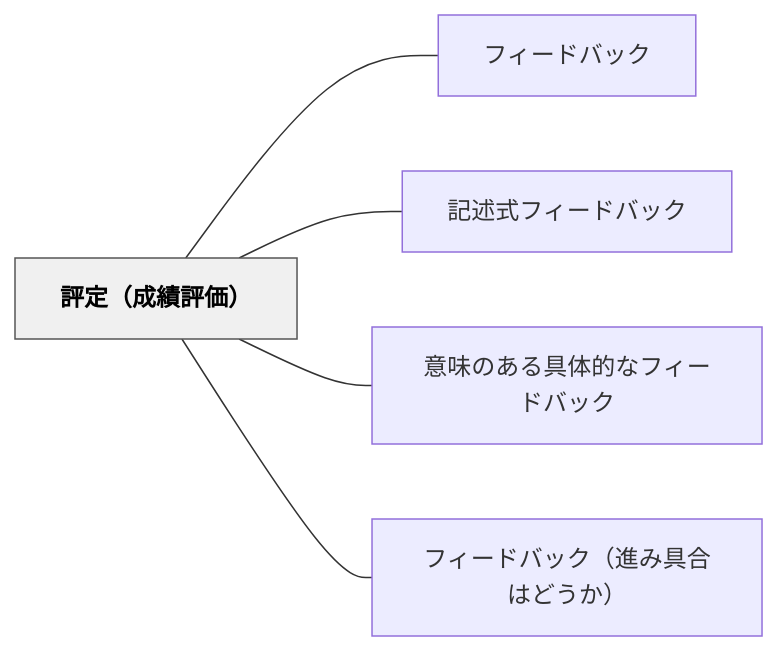
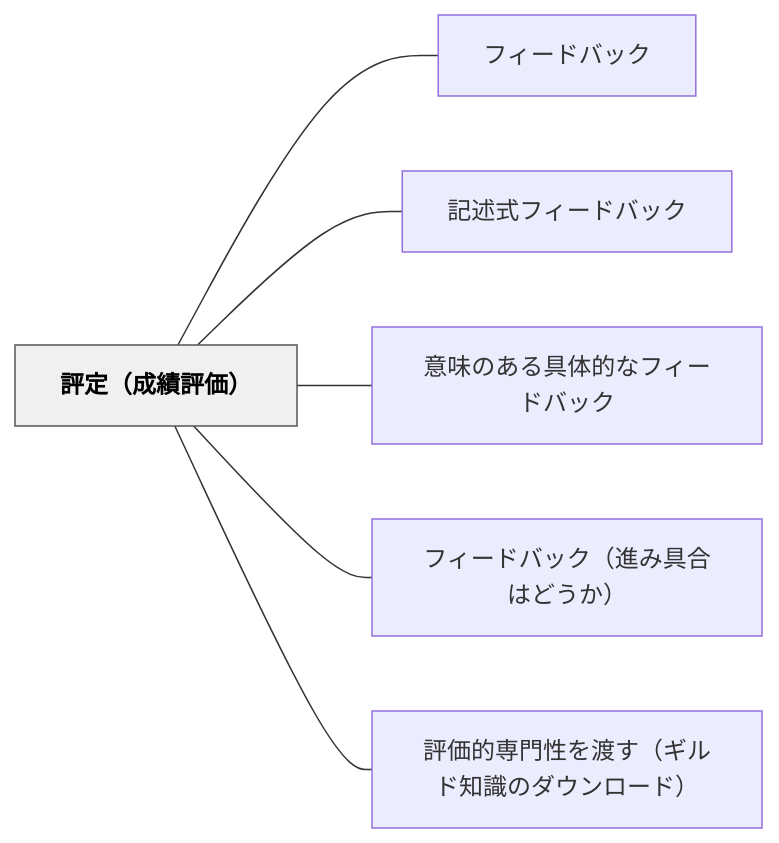
The diagram in content/パタン/評定（成績評価）.md (unknownthings-ed-patterns/unknownthings-ed-patterns), drawn with Mermaid before and after one commit. The commit also changed other lines of this file and 42 other files, not shown here.

````diff
--- a/content/パタン/評定（成績評価）.md
+++ b/content/パタン/評定（成績評価）.md
@@ -52,16 +82,18 @@
 ```mermaid
 flowchart LR
     ne8a995e5ae9aefbc88e68890e7b8bee8a995e4bea1efbc89["評定（成績評価）"]
     ne38395e382a3e383bce38389e38390e38383e382af["フィードバック"]
     ne8a898e8bfb0e5bc8fe38395e382a3e383bce38389e38390e38383e382af["記述式フィードバック"]
     ne6848fe591b3e381aee38182e3828be585b7e4bd93e79a84e381aae38395e382a3e383bce38389e38390e38383e382af["意味のある具体的なフィードバック"]
     ne38395e382a3e383bce38389e38390e38383e382afefbc88e980b2e381bfe585b7e59088e381afe381a9e38186e3818befbc89["フィードバック（進み具合はどうか）"]
+    ne8a995e4bea1e79a84e5b082e99680e680a7e38292e6b8a1e38199efbc88e382aee383abe38389e79fa5e8ad98e381aee38380e382a6e383b3e383ade383bce38389efbc89["評価的専門性を渡す（ギルド知識のダウンロード）"]
 
     ne8a995e5ae9aefbc88e68890e7b8bee8a995e4bea1efbc89 --- ne38395e382a3e383bce38389e38390e38383e382af
     ne8a995e5ae9aefbc88e68890e7b8bee8a995e4bea1efbc89 --- ne8a898e8bfb0e5bc8fe38395e382a3e383bce38389e38390e38383e382af
     ne8a995e5ae9aefbc88e68890e7b8bee8a995e4bea1efbc89 --- ne6848fe591b3e381aee38182e3828be585b7e4bd93e79a84e381aae38395e382a3e383bce38389e38390e38383e382af
     ne8a995e5ae9aefbc88e68890e7b8bee8a995e4bea1efbc89 --- ne38395e382a3e383bce38389e38390e38383e382afefbc88e980b2e381bfe585b7e59088e381afe381a9e38186e3818befbc89
+    ne8a995e5ae9aefbc88e68890e7b8bee8a995e4bea1efbc89 --- ne8a995e4bea1e79a84e5b082e99680e680a7e38292e6b8a1e38199efbc88e382aee383abe38389e79fa5e8ad98e381aee38380e382a6e383b3e383ade383bce38389efbc89
 
     classDef hub fill:#f0f0f0,stroke:#555,color:#000,font-weight:bold
     class ne8a995e5ae9aefbc88e68890e7b8bee8a995e4bea1efbc89 hub
 ```
````
